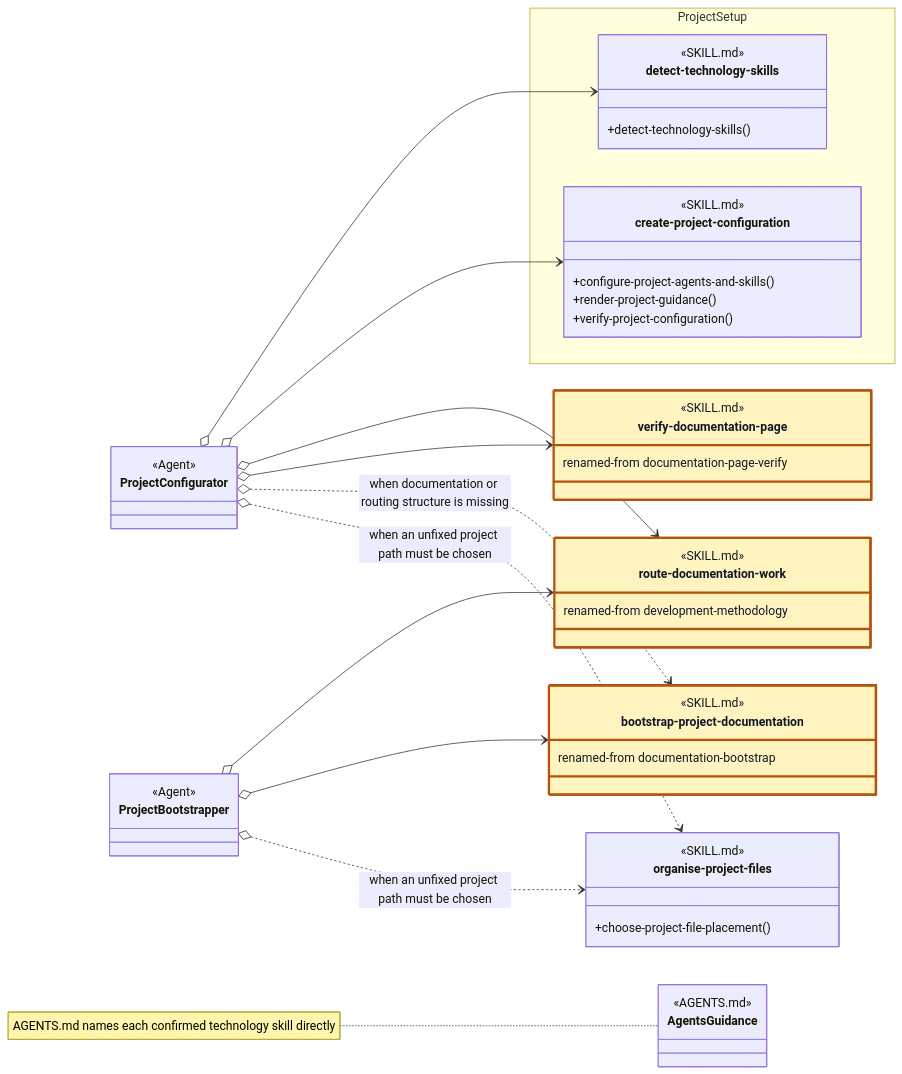
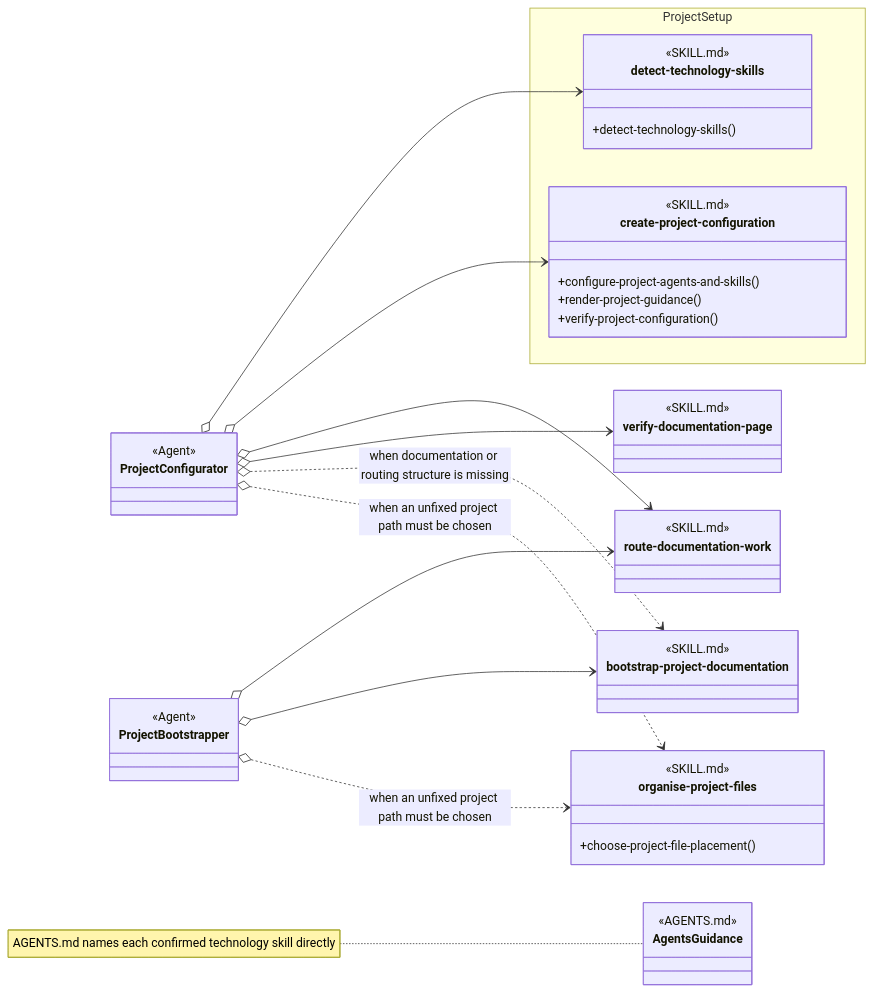
One commit to martinbechard/dev-methodology changed the diagram in design/skill-groups/project-setup.md. Above: the diagram before and after it, drawn with Mermaid. The commit also changed other lines of this file and 10 other files, not shown here.

````diff
--- a/design/skill-groups/project-setup.md
+++ b/design/skill-groups/project-setup.md
@@ -85,71 +13,66 @@
 ```mermaid
 classDiagram
     direction LR
 
     class ProjectConfigurator {
         <<Agent>>
     }
 
     class ProjectBootstrapper {
         <<Agent>>
     }
 
     namespace ProjectSetup {
         class detect-technology-skills {
             <<SKILL.md>>
             <<Agent Skill>>
             +detect-technology-skills()
         }
 
         class create-project-configuration {
             <<SKILL.md>>
             <<Agent Skill>>
             +configure-project-agents-and-skills()
             +render-project-guidance()
             +verify-project-configuration()
         }
     }
 
-    class route-documentation-work:::renamed {
+    class route-documentation-work {
         <<SKILL.md>>
         <<Cross-group>>
-        renamed-from development-methodology
     }
 
-    class bootstrap-project-documentation:::renamed {
+    class bootstrap-project-documentation {
         <<SKILL.md>>
         <<Cross-group>>
-        renamed-from documentation-bootstrap
     }
 
-    class verify-documentation-page:::renamed {
+    class verify-documentation-page {
         <<SKILL.md>>
         <<Cross-group>>
-        renamed-from documentation-page-verify
     }
 
     class organise-project-files {
         <<SKILL.md>>
         <<Cross-group>>
         +choose-project-file-placement()
     }
 
     class AgentsGuidance {
         <<AGENTS.md>>
     }
 
     ProjectConfigurator o--> detect-technology-skills
     ProjectConfigurator o--> create-project-configuration
     ProjectConfigurator o--> route-documentation-work
     ProjectConfigurator o--> verify-documentation-page
     ProjectConfigurator o..> bootstrap-project-documentation : when documentation or routing structure is missing
     ProjectConfigurator o..> organise-project-files : when an unfixed project path must be chosen
 
     ProjectBootstrapper o--> route-documentation-work
     ProjectBootstrapper o--> bootstrap-project-documentation
     ProjectBootstrapper o..> organise-project-files : when an unfixed project path must be chosen
 
     note for AgentsGuidance "AGENTS.md names each confirmed technology skill directly"
-
-    classDef renamed fill:#fff3bf,stroke:#b45309,stroke-width:3px,color:#111827
 ```
````
